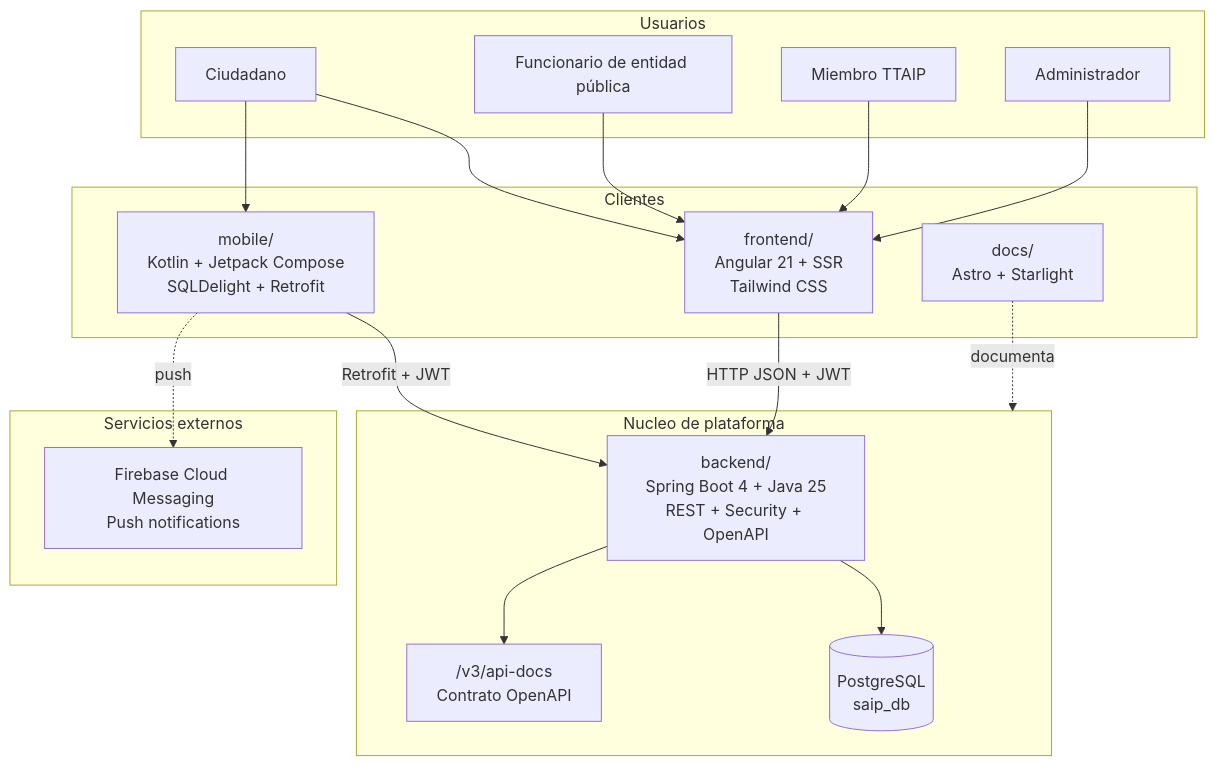
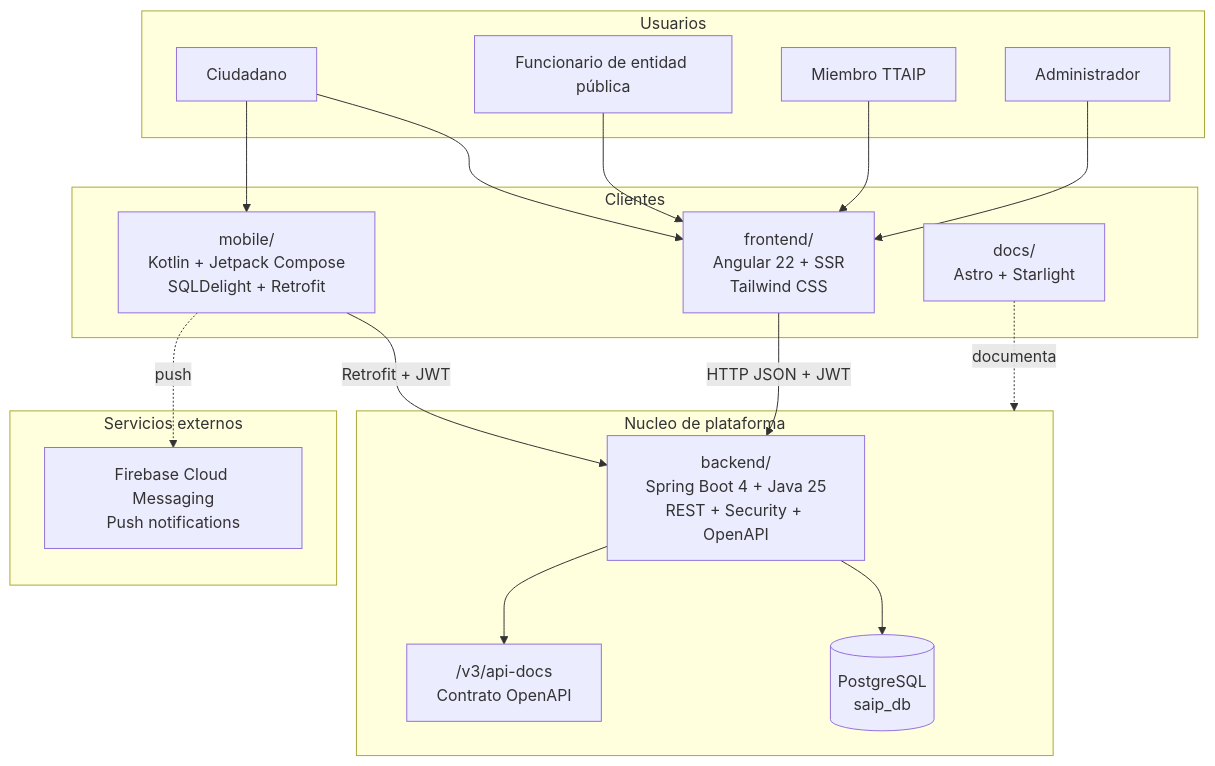
One commit to transparenciapublicadev/plataforma-saip-apelaciones changed the first of 11 diagrams in README.md. Above: the diagram before and after it, drawn with Mermaid. The commit also changed other lines of this file, not shown here.

First line of the commit message:
📝 docs: update README with Angular 22, pnpm governance, and Administrado workflows

````diff
--- a/README.md
+++ b/README.md
@@ -57,38 +59,38 @@
 ```mermaid
 flowchart TB
     subgraph Users["Usuarios"]
         Citizen["Ciudadano"]
         Officer["Funcionario de entidad pública"]
         Tribunal["Miembro TTAIP"]
         Admin["Administrador"]
     end
 
     subgraph Clients["Clientes"]
-        Web["frontend/\nAngular 21 + SSR\nTailwind CSS"]
+        Web["frontend/\nAngular 22 + SSR\nTailwind CSS"]
         Android["mobile/\nKotlin + Jetpack Compose\nSQLDelight + Retrofit"]
         Docs["docs/\nAstro + Starlight"]
     end
 
     subgraph Platform["Nucleo de plataforma"]
         API["backend/\nSpring Boot 4 + Java 25\nREST + Security + OpenAPI"]
         DB[("PostgreSQL\nsaip_db")]
         OpenAPI["/v3/api-docs\nContrato OpenAPI"]
     end
 
     subgraph External["Servicios externos"]
         Firebase["Firebase Cloud Messaging\nPush notifications"]
     end
 
     Citizen --> Web
     Officer --> Web
     Tribunal --> Web
     Admin --> Web
     Citizen --> Android
 
     Web -->|HTTP JSON + JWT| API
     Android -->|Retrofit + JWT| API
     API --> DB
     API --> OpenAPI
     Android -. push .-> Firebase
     Docs -. documenta .-> Platform
 ```
````
